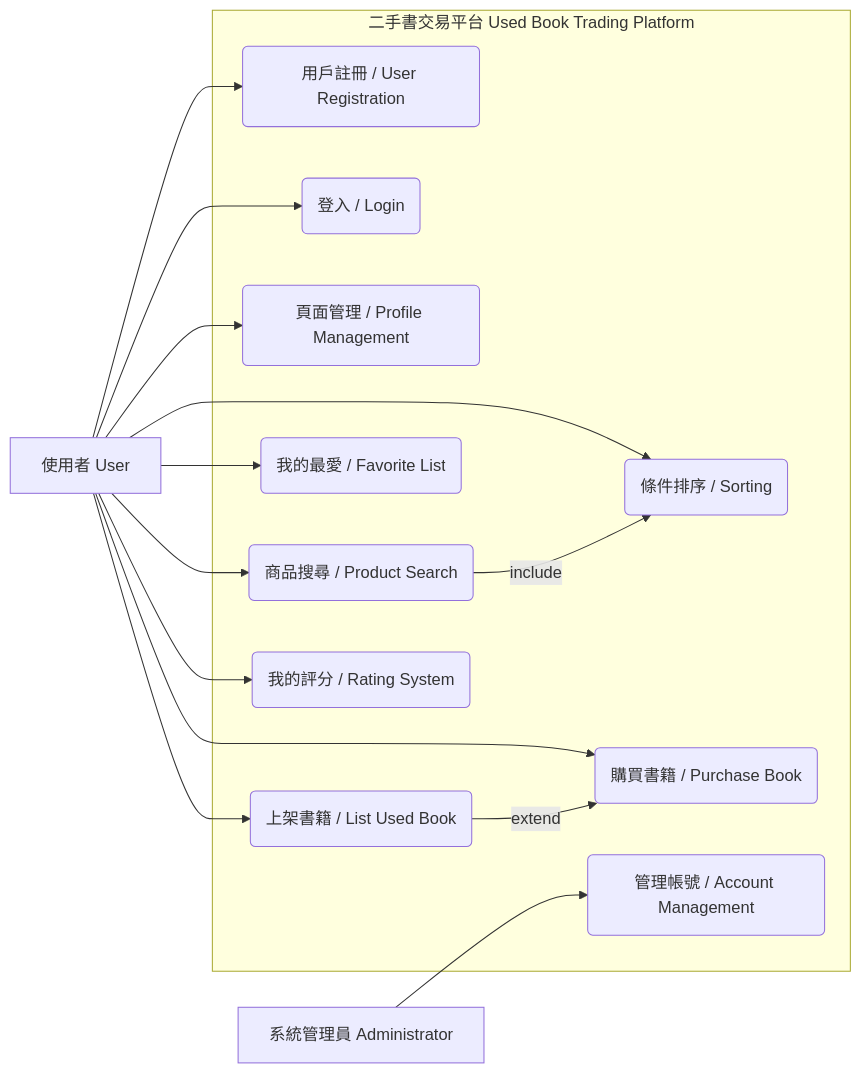
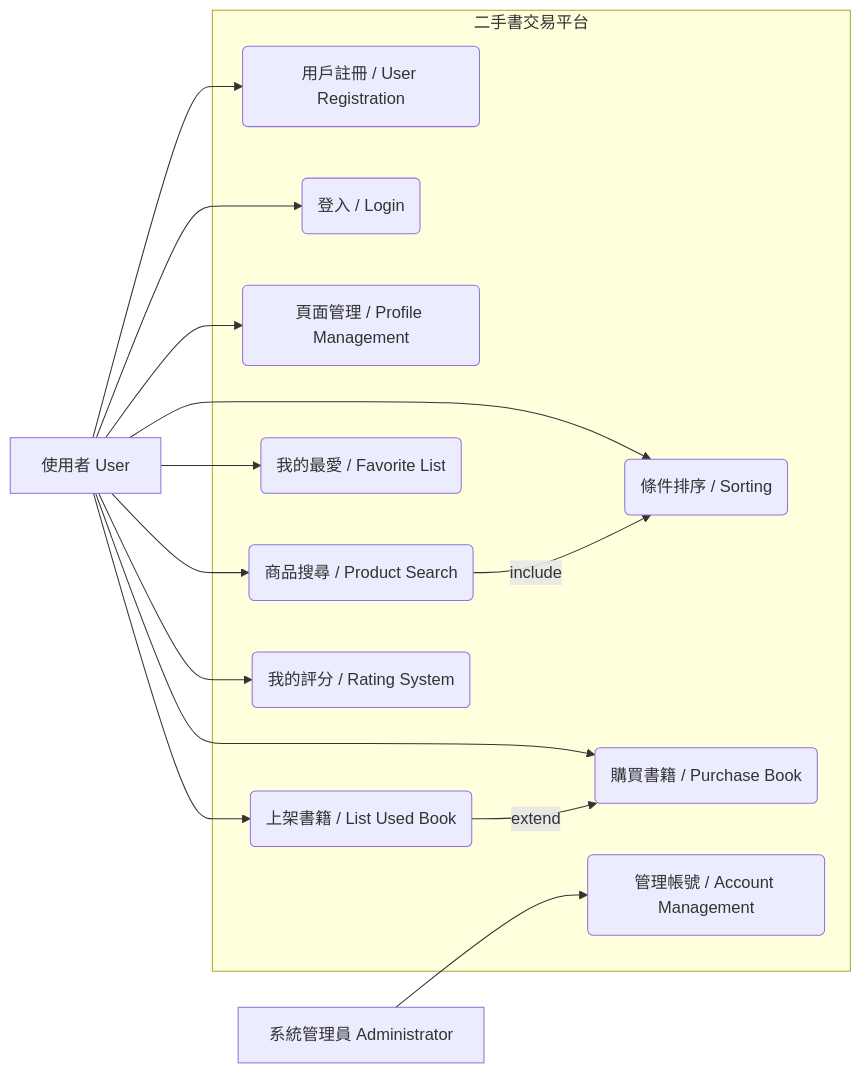
One commit to c111106149-tech/C111106149 changed the diagram in hw3.md. Above: the diagram before and after it, drawn with Mermaid.

````diff
--- a/hw3.md
+++ b/hw3.md
@@ -56,44 +56,44 @@
 ```mermaid
 
 graph LR
 
     %% === 角色定義 ===
     U1["使用者 User"]
     U2["系統管理員 Administrator"]
 
     %% === 系統範圍 ===
-    subgraph "二手書交易平台 Used Book Trading Platform"
+    subgraph "二手書交易平台"
         UC1(用戶註冊 / User Registration)
         UC2(登入 / Login)
         UC3(頁面管理 / Profile Management)
         UC5(商品搜尋 / Product Search)
         UC6(條件排序 / Sorting)
         UC7(我的最愛 / Favorite List)
         UC8(上架書籍 / List Used Book)
         UC9(購買書籍 / Purchase Book)
         UC10(我的評分 / Rating System)
         UC11(管理帳號 / Account Management)
     end
 
     %% --- 以下定義所有連接線 ---
 
     %% 使用者的連接
     U1 --> UC1
     U1 --> UC2
     U1 --> UC3
     U1 --> UC5
     U1 --> UC6
     U1 --> UC7
     U1 --> UC8
     U1 --> UC9
     U1 --> UC10
 
     %% 系統管理員的連接
     U2 --> UC11
 
     %% 系統內部關聯
     UC5 -- "include" --> UC6
     UC8 -- "extend" --> UC9
 
    
 ```
````
